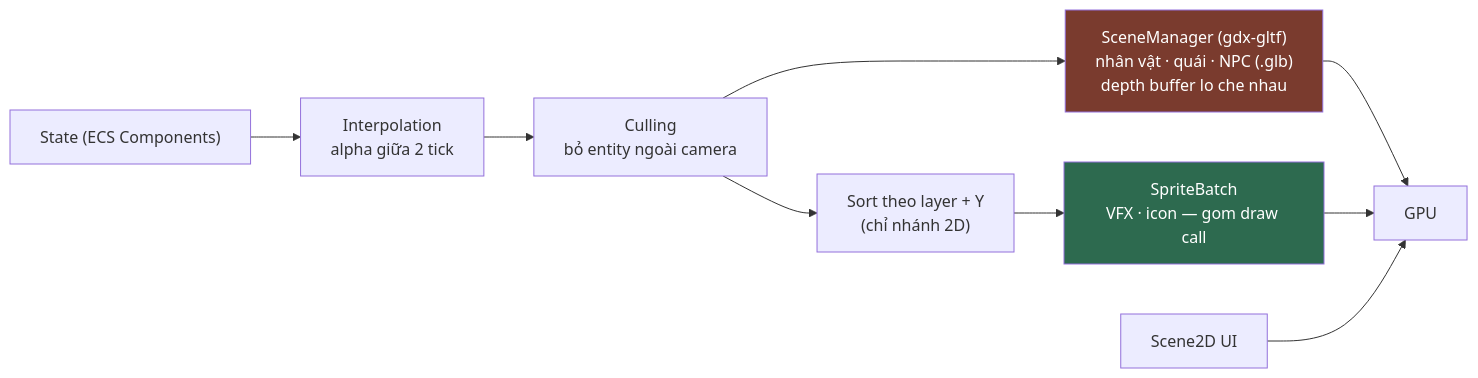
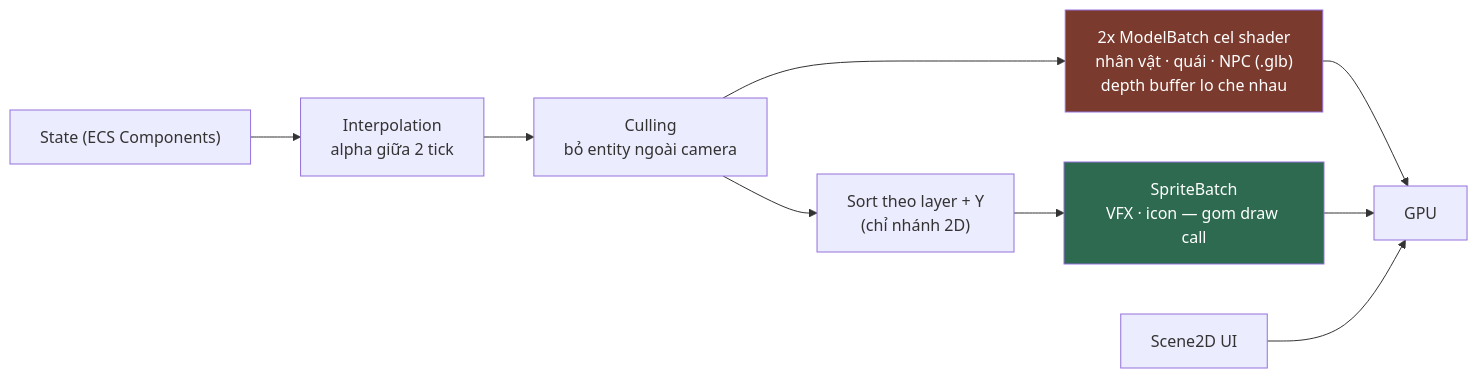
One commit to ta-min-hieu/shinobi-engine changed the diagram in docs/03-engine/RENDERING.md. Above: the diagram before and after it, drawn with Mermaid. The commit also changed other lines of this file and 9 other files, not shown here.

First line of the commit message:
Merge worktree-agent-a7dae0fe968039ec3: cel shader + inverted-hull outline (RENDERING.md §12.2)

````diff
--- a/docs/03-engine/RENDERING.md
+++ b/docs/03-engine/RENDERING.md
@@ -55,15 +67,15 @@
 ```mermaid
 graph LR
     S["State (ECS Components)"] --> I["Interpolation<br/>alpha giữa 2 tick"]
     I --> C["Culling<br/>bỏ entity ngoài camera"]
     C --> Z["Sort theo layer + Y<br/>(chỉ nhánh 2D)"]
-    C --> M["SceneManager (gdx-gltf)<br/>nhân vật · quái · NPC (.glb)<br/>depth buffer lo che nhau"]
+    C --> M["2x ModelBatch cel shader<br/>nhân vật · quái · NPC (.glb)<br/>depth buffer lo che nhau"]
     Z --> B["SpriteBatch<br/>VFX · icon — gom draw call"]
     M --> G["GPU"]
     B --> G["GPU"]
 
     U["Scene2D UI"] --> G
 
     style B fill:#2d6a4f,color:#fff
     style M fill:#7a3b2e,color:#fff
 ```
````
